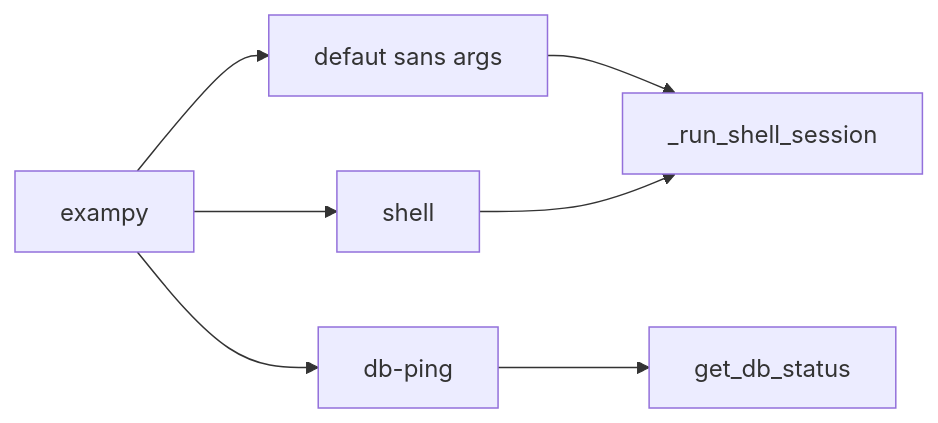
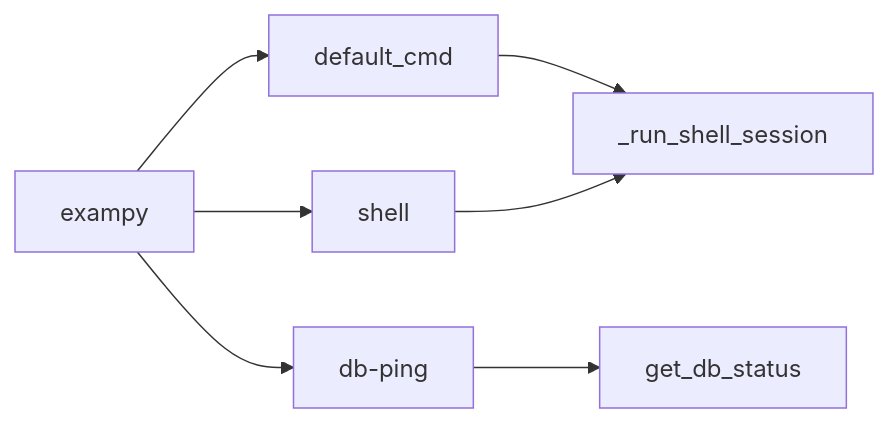
One commit to Primica/exampy changed the first of 2 diagrams in docs/application/cli.md. Above: the diagram before and after it, drawn with Mermaid. The commit also changed other lines of this file and 8 other files, not shown here.

````diff
--- a/docs/application/cli.md
+++ b/docs/application/cli.md
@@ -7,13 +7,13 @@
 ```mermaid
 flowchart LR
   Root[exampy]
-  Default[defaut sans args]
-  Shell[shell]
+  Default[default_cmd]
+  ShellCmd[shell]
   Ping[db-ping]
   Root --> Default
-  Root --> Shell
+  Root --> ShellCmd
   Root --> Ping
   Default --> Session[_run_shell_session]
-  Shell --> Session
+  ShellCmd --> Session
   Ping --> Status[get_db_status]
 ```
````
